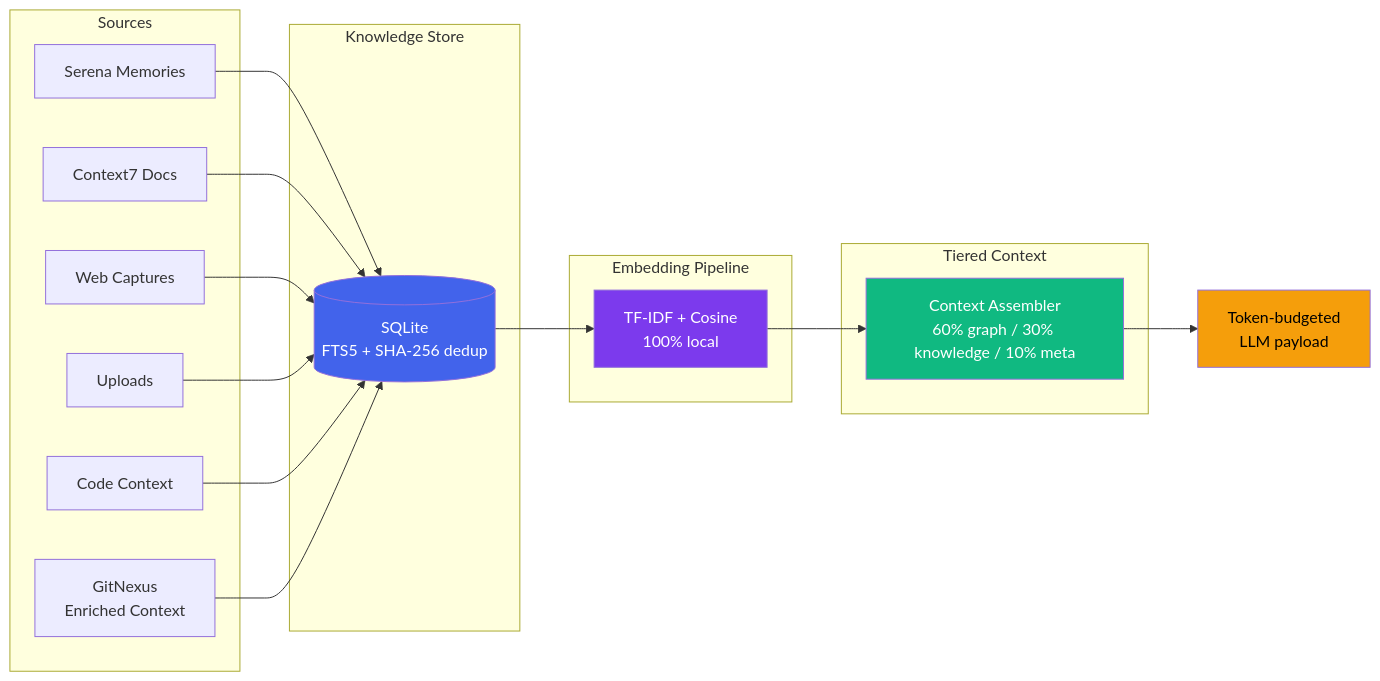
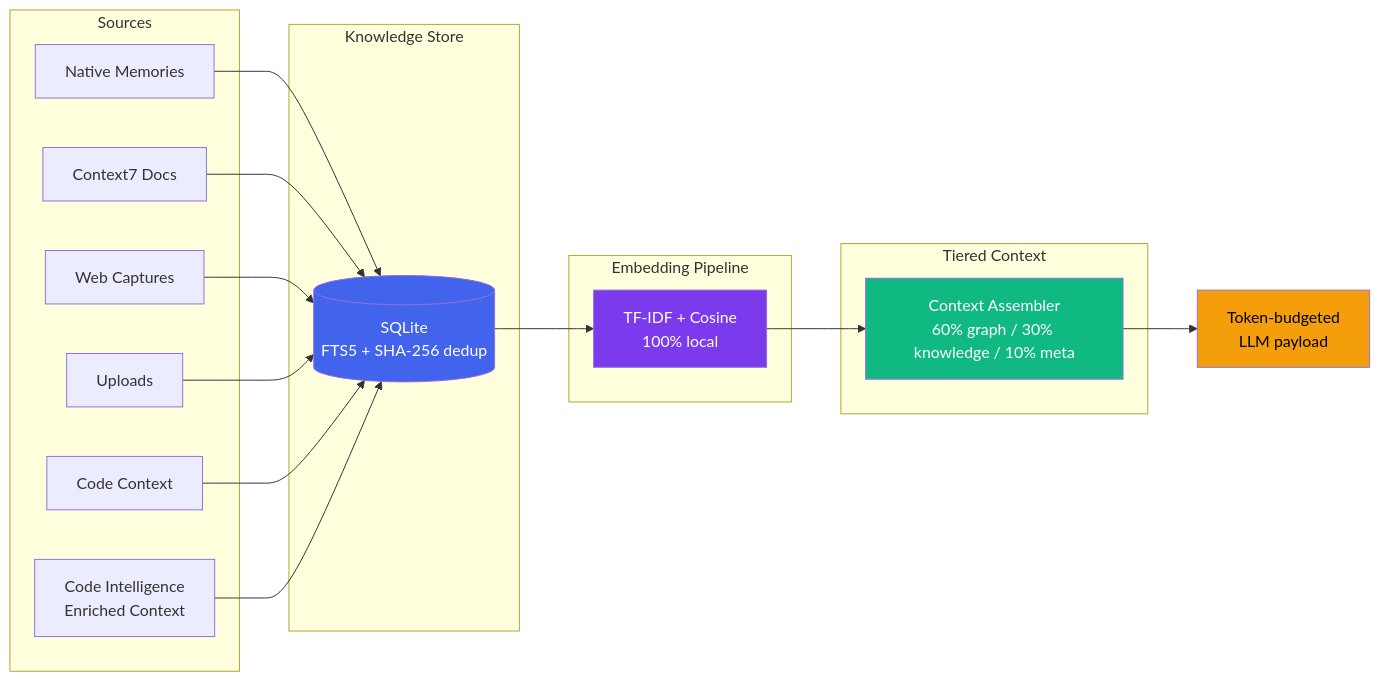
The third of 19 diagrams in docs/LIFECYCLE.md (sraphaz/mcp-graph-workflow), drawn with Mermaid before and after one commit. The commit also changed other lines of this file and 17 other files, not shown here.

````diff
--- a/docs/LIFECYCLE.md
+++ b/docs/LIFECYCLE.md
@@ -74,38 +73,38 @@
 ```mermaid
 graph LR
     subgraph "Sources"
-        S1[Serena Memories]
+        S1[Native Memories]
         S2[Context7 Docs]
         S3[Web Captures]
         S4[Uploads]
         S5[Code Context]
-        S6[GitNexus<br/>Enriched Context]
+        S6[Code Intelligence<br/>Enriched Context]
     end
 
     subgraph "Knowledge Store"
         KS[(SQLite<br/>FTS5 + SHA-256 dedup)]
     end
 
     subgraph "Embedding Pipeline"
         EMB[TF-IDF + Cosine<br/>100% local]
     end
 
     subgraph "Tiered Context"
         TC[Context Assembler<br/>60% graph / 30% knowledge / 10% meta]
     end
 
     S1 --> KS
     S2 --> KS
     S3 --> KS
     S4 --> KS
     S5 --> KS
     S6 --> KS
     KS --> EMB
     EMB --> TC
     TC --> LLM[Token-budgeted<br/>LLM payload]
 
     style KS fill:#4263eb,color:#fff
     style EMB fill:#7c3aed,color:#fff
     style TC fill:#10b981,color:#fff
     style LLM fill:#f59e0b,color:#000
 ```
````
